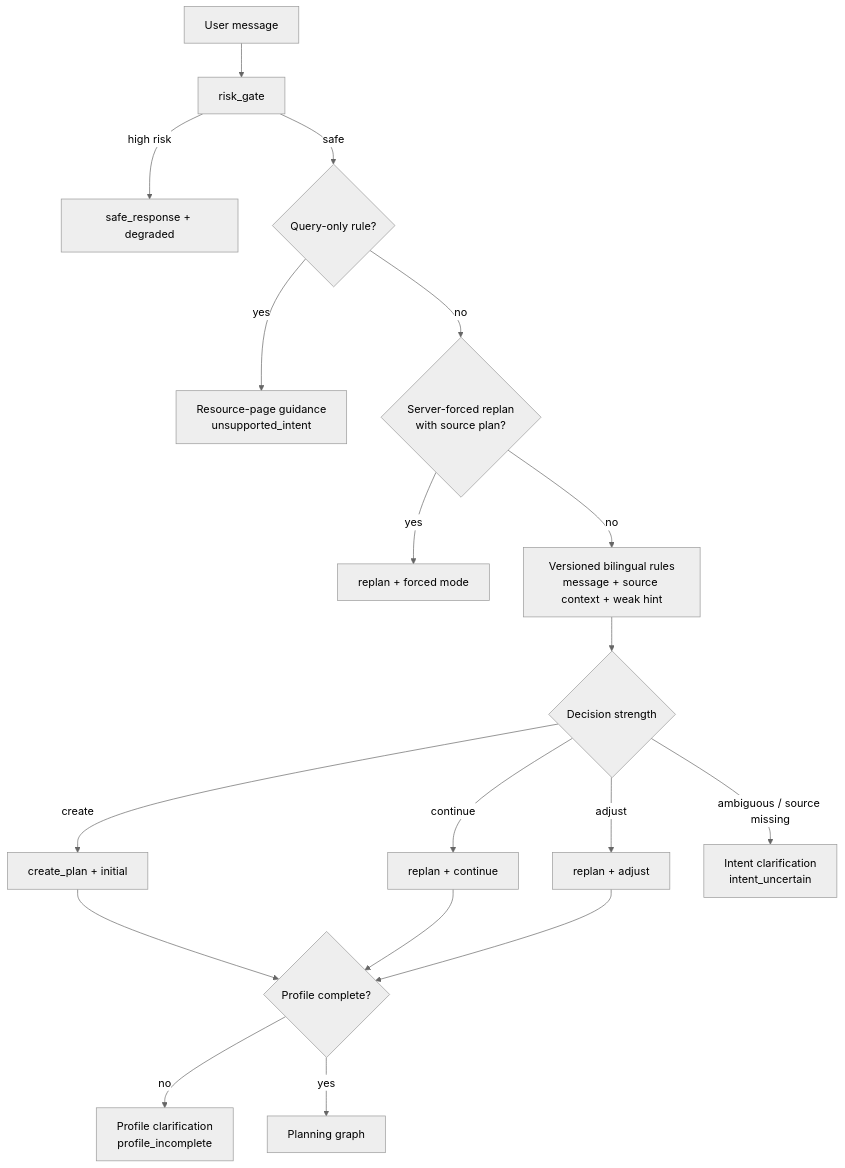
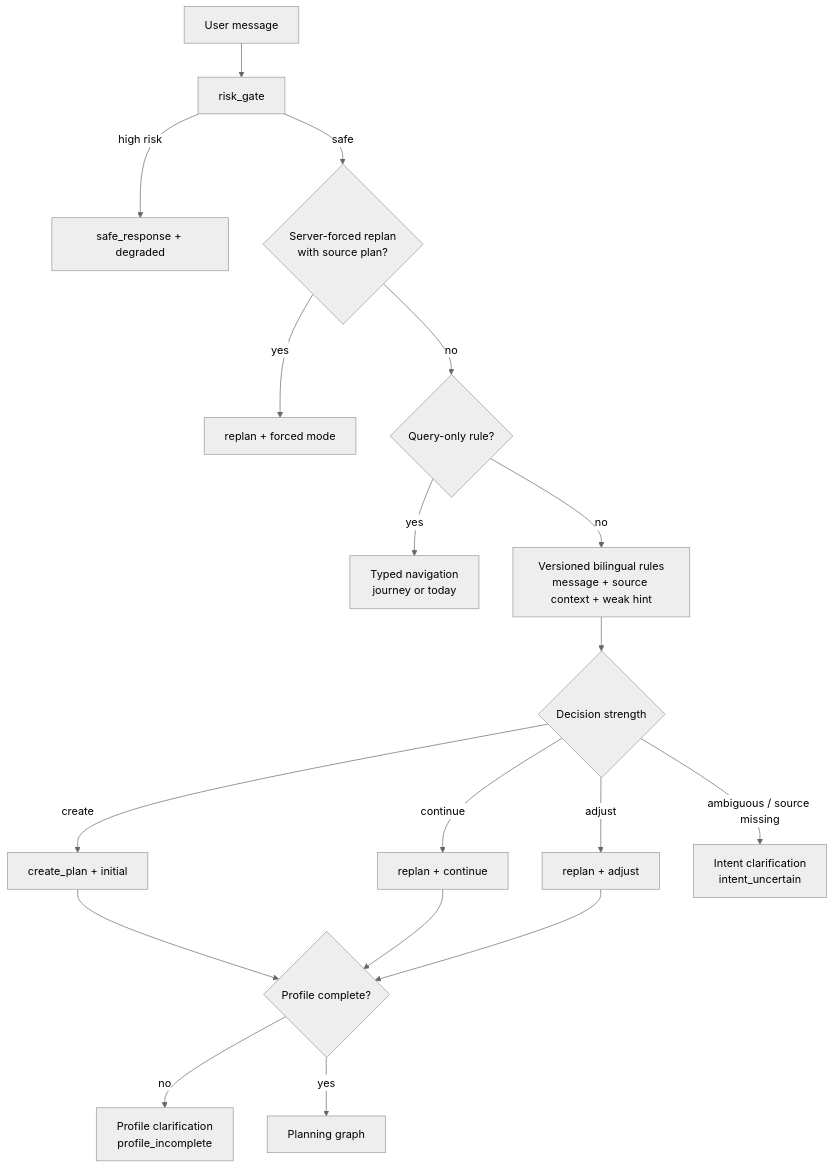
Before and after one commit to lyyjsr/career-planning-buddy: the diagram in docs/model-design/state-machines/intent-routing-flow.mmd, drawn with Mermaid (neutral theme). The commit also changed other lines of this file and 61 other files, not shown here.

````diff
--- a/docs/model-design/state-machines/intent-routing-flow.mmd
+++ b/docs/model-design/state-machines/intent-routing-flow.mmd
@@ -3,20 +3,20 @@
 ```mermaid
 flowchart TD
     A["User message"] --> R["risk_gate"]
     R -->|"high risk"| S["safe_response + degraded"]
-    R -->|"safe"| Q{"Query-only rule?"}
-    Q -->|"yes"| U["Resource-page guidance<br/>unsupported_intent"]
-    Q -->|"no"| F{"Server-forced replan<br/>with source plan?"}
+    R -->|"safe"| F{"Server-forced replan<br/>with source plan?"}
     F -->|"yes"| FR["replan + forced mode"]
-    F -->|"no"| D["Versioned bilingual rules<br/>message + source context + weak hint"]
+    F -->|"no"| Q{"Query-only rule?"}
+    Q -->|"yes"| U["Typed navigation<br/>journey or today"]
+    Q -->|"no"| D["Versioned bilingual rules<br/>message + source context + weak hint"]
     D --> C{"Decision strength"}
     C -->|"create"| CP["create_plan + initial"]
     C -->|"continue"| RC["replan + continue"]
     C -->|"adjust"| RA["replan + adjust"]
     C -->|"ambiguous / source missing"| IC["Intent clarification<br/>intent_uncertain"]
     CP --> P{"Profile complete?"}
     RC --> P
     RA --> P
     P -->|"no"| PC["Profile clarification<br/>profile_incomplete"]
     P -->|"yes"| G["Planning graph"]
 ```
````
